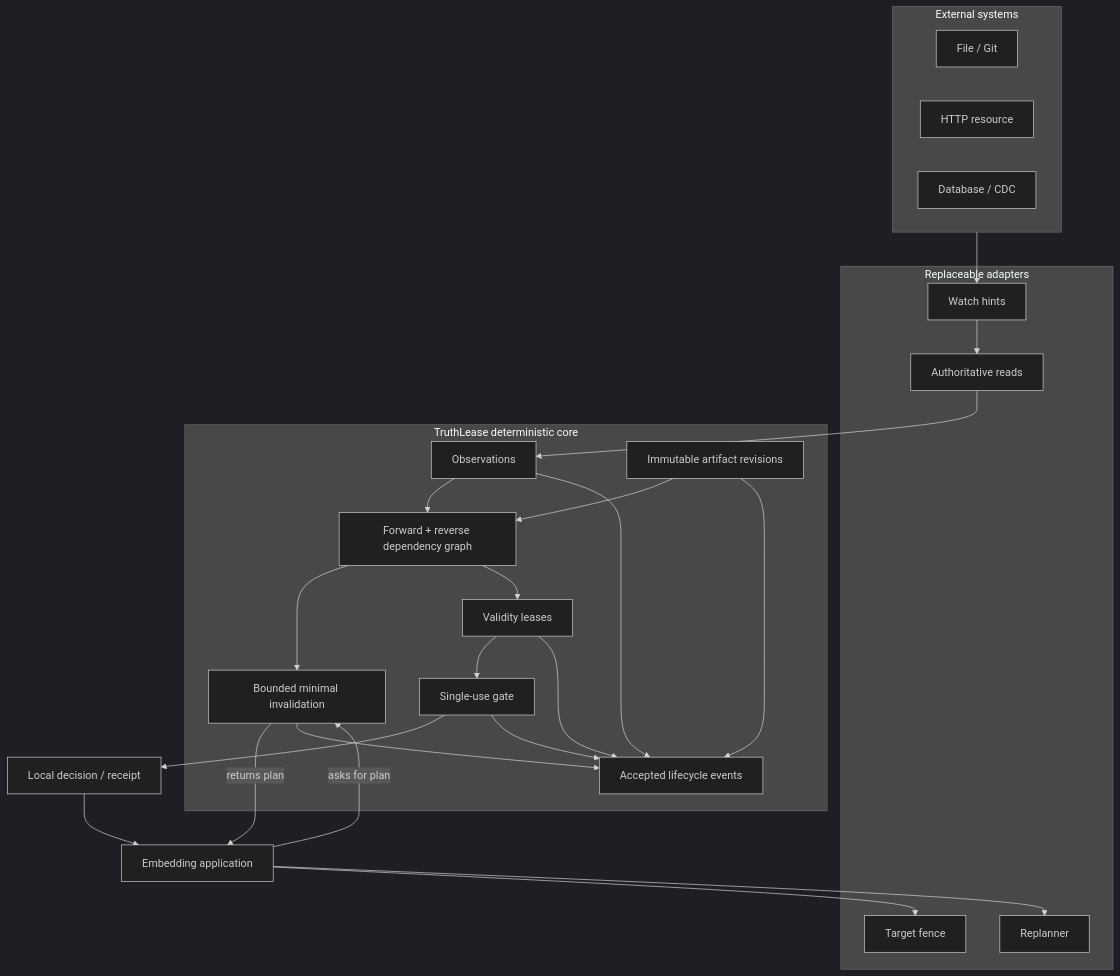
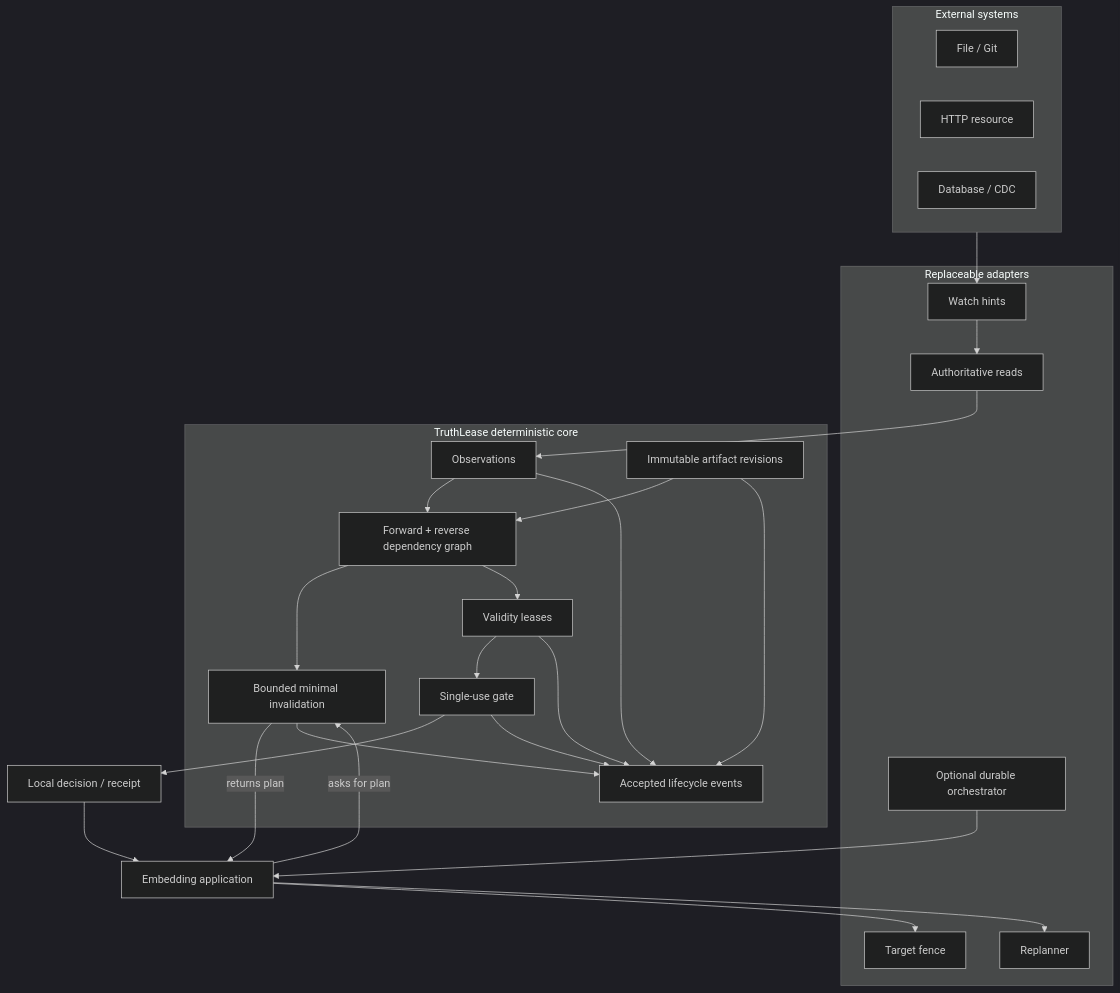
One commit to aantenore/truthlease changed the first of 3 diagrams in docs/architecture.md. Above: the diagram before and after it, drawn with Mermaid (dark theme). The commit also changed other lines of this file and 19 other files, not shown here.

````diff
--- a/docs/architecture.md
+++ b/docs/architecture.md
@@ -32,36 +32,38 @@
 ```mermaid
 flowchart TB
     subgraph Sources["External systems"]
       File["File / Git"]
       API["HTTP resource"]
       DB["Database / CDC"]
     end
 
     subgraph Adapters["Replaceable adapters"]
       Watch["Watch hints"]
       Read["Authoritative reads"]
       Replan["Replanner"]
       Fence["Target fence"]
+      Durable["Optional durable orchestrator"]
     end
 
     subgraph Core["TruthLease deterministic core"]
       Obs["Observations"]
       Art["Immutable artifact revisions"]
       Graph["Forward + reverse dependency graph"]
       Inv["Bounded minimal invalidation"]
       Lease["Validity leases"]
       Gate["Single-use gate"]
       Events["Accepted lifecycle events"]
     end
 
     Sources --> Watch --> Read --> Obs
     Obs --> Graph
     Art --> Graph --> Inv
     Graph --> Lease --> Gate --> Decision["Local decision / receipt"]
     Decision --> Host["Embedding application"]
     Host --> Fence
+    Durable --> Host
     Host -->|asks for plan| Inv
     Inv -->|returns plan| Host
     Host --> Replan
     Obs & Art & Inv & Lease & Gate --> Events
 ```
````
